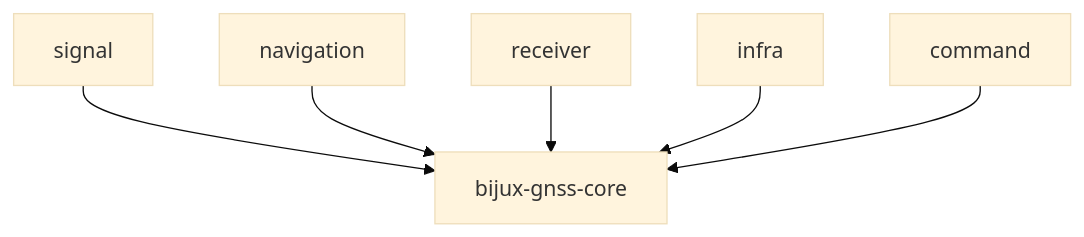
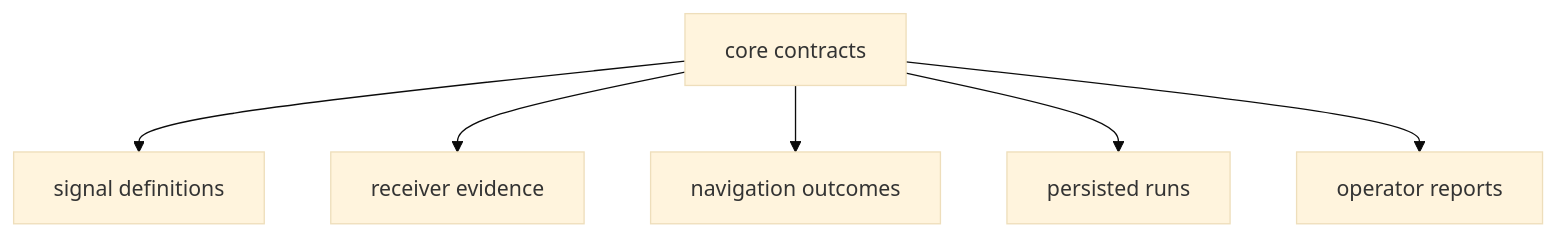
One commit to bijux/bijux-telecom changed the diagram in crates/bijux-gnss-core/README.md. Above: the diagram before and after it, drawn with Mermaid (base theme). The commit also changed other lines of this file and 1 other file, not shown here.

Commit message:
docs(contracts): separate shared meaning from signal behavior

````diff
--- a/crates/bijux-gnss-core/README.md
+++ b/crates/bijux-gnss-core/README.md
@@ -74,15 +62,15 @@
 ```mermaid
 flowchart TD
-    signal["signal"]
-    navigation["navigation"]
-    receiver["receiver"]
-    infra["infra"]
-    command["command"]
-    core["bijux-gnss-core"]
+    core["core contracts"]
+    signal["signal definitions"]
+    receiver["receiver evidence"]
+    navigation["navigation outcomes"]
+    infrastructure["persisted runs"]
+    command["operator reports"]
 
-    signal --> core
-    navigation --> core
-    receiver --> core
-    infra --> core
-    command --> core
+    core --> signal
+    core --> receiver
+    core --> navigation
+    core --> infrastructure
+    core --> command
 ```
````
